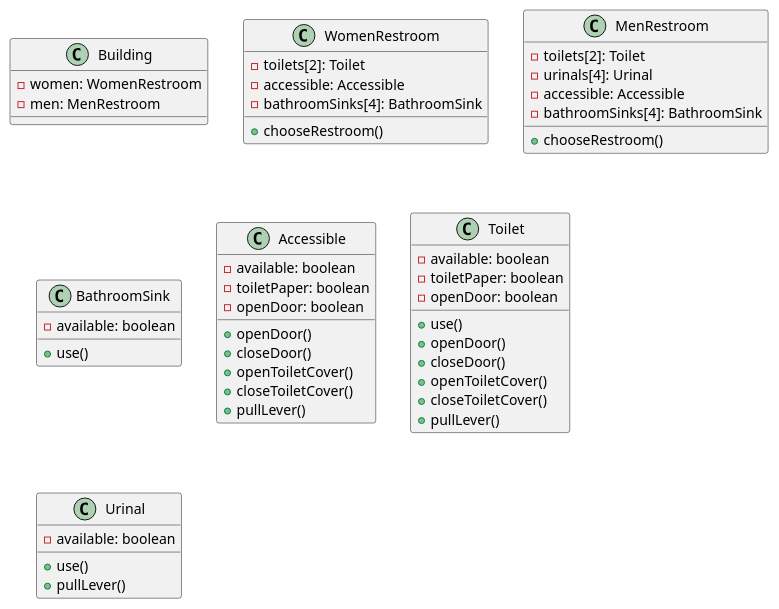
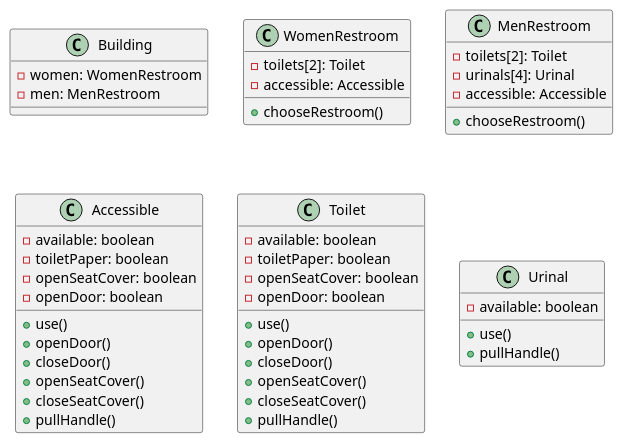
One commit to wesdell/restroom_design changed the diagram in src/Restroom.puml. Above: the diagram before and after it, drawn with PlantUML.

Commit message:
Modify restroom design.

```diff
--- a/src/Restroom.puml
+++ b/src/Restroom.puml
@@ -1,55 +1,51 @@
 @startuml
 class Building {
 -women: WomenRestroom
 -men: MenRestroom
 }
 
 class WomenRestroom {
 -toilets[2]: Toilet
 -accessible: Accessible
--bathroomSinks[4]: BathroomSink
 +chooseRestroom()
 }
 
 class MenRestroom {
 -toilets[2]: Toilet
 -urinals[4]: Urinal
 -accessible: Accessible
--bathroomSinks[4]: BathroomSink
 +chooseRestroom()
-}
-
-class BathroomSink {
--available: boolean
-+use()
 }
 
 class Accessible {
 -available: boolean
 -toiletPaper: boolean
+-openSeatCover: boolean
 -openDoor: boolean
++use()
 +openDoor()
 +closeDoor()
-+openToiletCover()
-+closeToiletCover()
-+pullLever()
++openSeatCover()
++closeSeatCover()
++pullHandle()
 }
 
 class Toilet {
 -available: boolean
 -toiletPaper: boolean
+-openSeatCover: boolean
 -openDoor: boolean
 +use()
 +openDoor()
 +closeDoor()
-+openToiletCover()
-+closeToiletCover()
-+pullLever()
++openSeatCover()
++closeSeatCover()
++pullHandle()
 }
 
 class Urinal {
 -available: boolean
 +use()
-+pullLever()
++pullHandle()
 }
 @enduml
```
